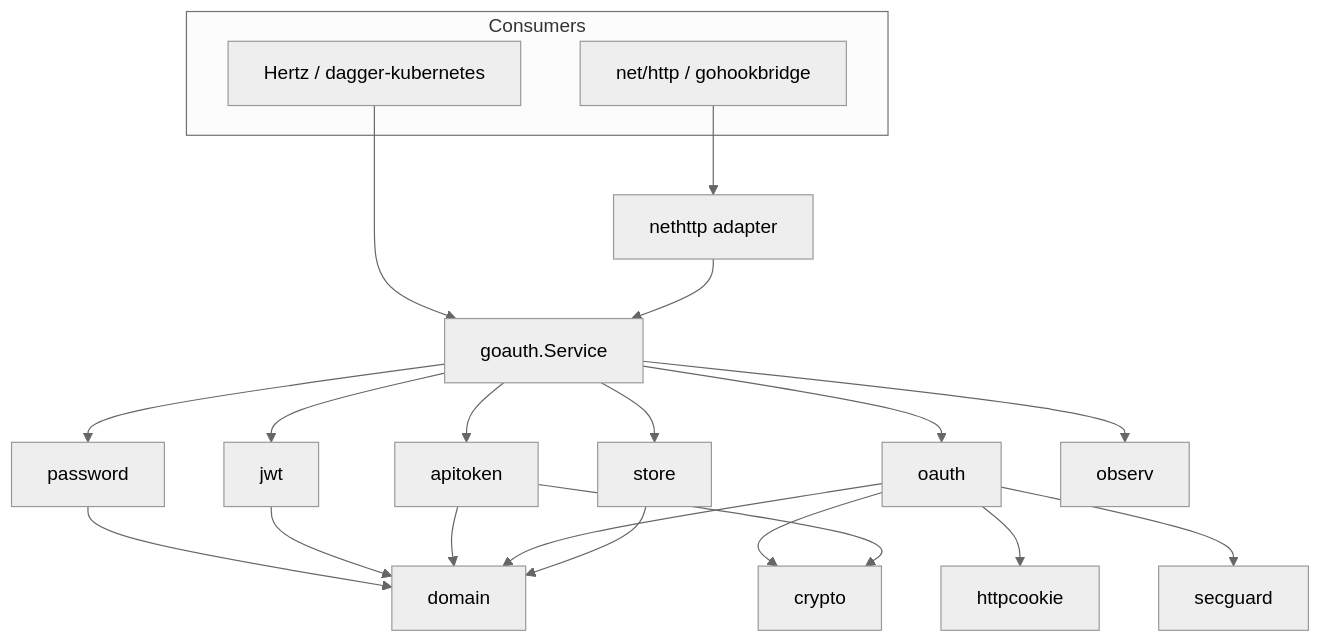
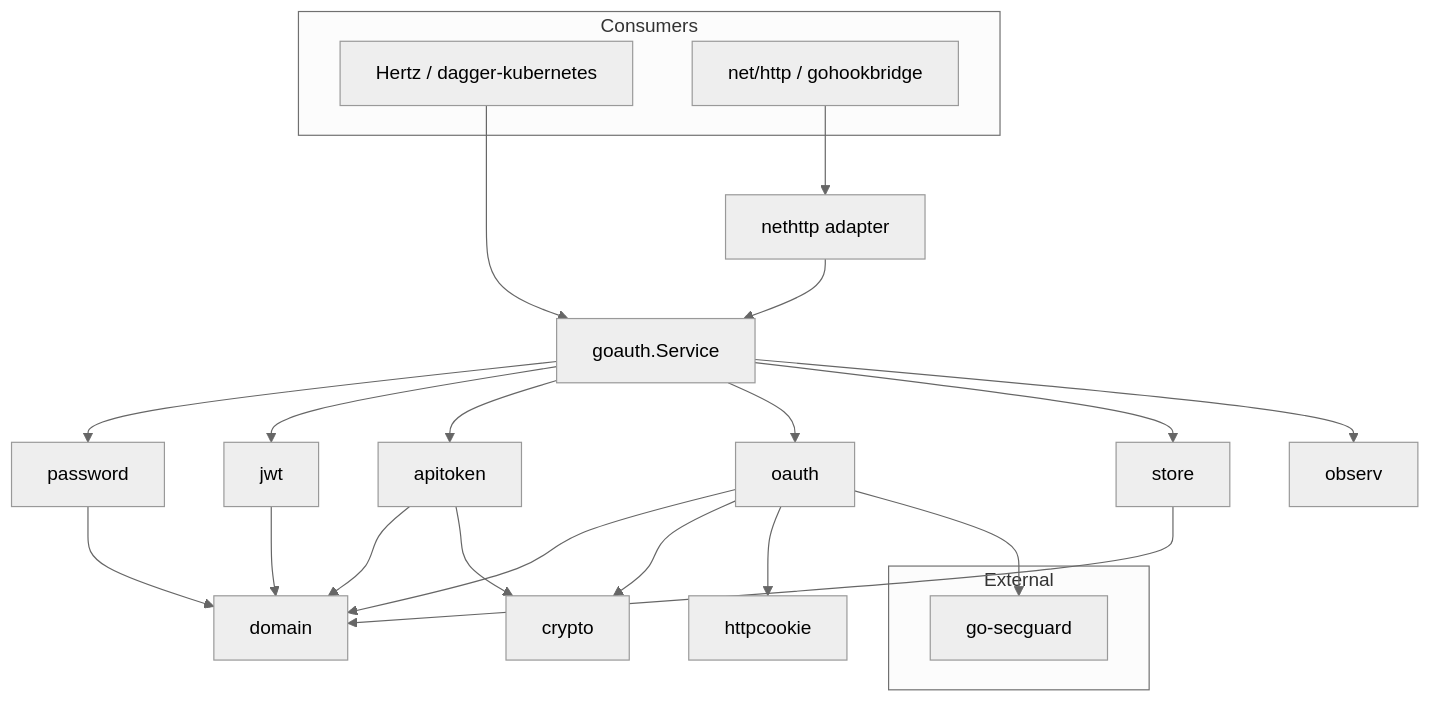
One commit to disaster37/go-auth changed the diagram in README.md. Above: the diagram before and after it, drawn with Mermaid (neutral theme). The commit also changed other lines of this file and 27 other files, not shown here.

````diff
--- a/README.md
+++ b/README.md
@@ -38,25 +38,28 @@
 ```mermaid
 flowchart TD
     subgraph Consumers
         H[Hertz / dagger-kubernetes]
         N[net/http / gohookbridge]
     end
     H --> CORE[goauth.Service]
     N --> NET[nethttp adapter]
     NET --> CORE
     CORE --> P[password]
     CORE --> J[jwt]
     CORE --> A[apitoken]
     CORE --> O[oauth]
     CORE --> S[store]
     P --> D[domain]
     J --> D
     A --> D
     O --> D
     S --> D
     O --> CR[crypto]
     A --> CR
     O --> HC[httpcookie]
-    O --> SG[secguard]
     CORE --> OB[observ]
+    subgraph External
+        SG[go-secguard]
+    end
+    O --> SG
 ```
````
